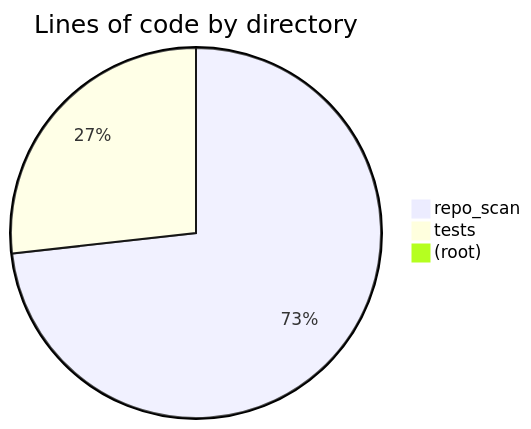
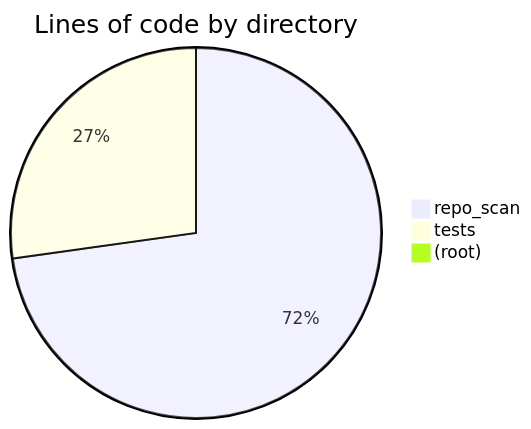
One commit to hhleroy97/repo-scan changed the first of 2 diagrams in docs/reports/health.md. Above: the diagram before and after it, drawn with Mermaid. The commit also changed other lines of this file and 22 other files, not shown here.

````diff
--- a/docs/reports/health.md
+++ b/docs/reports/health.md
@@ -6,6 +6,6 @@
 ```mermaid
 pie title Lines of code by directory
-    "repo_scan" : 2683
-    "tests" : 981
+    "repo_scan" : 3082
+    "tests" : 1152
     "(root)" : 27
 ```
````
